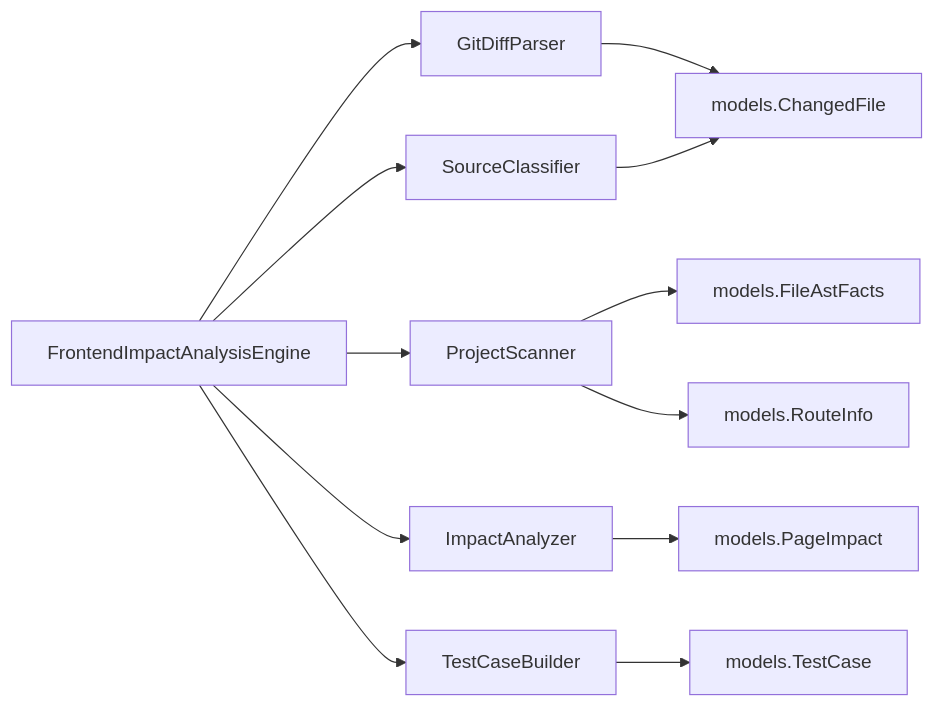
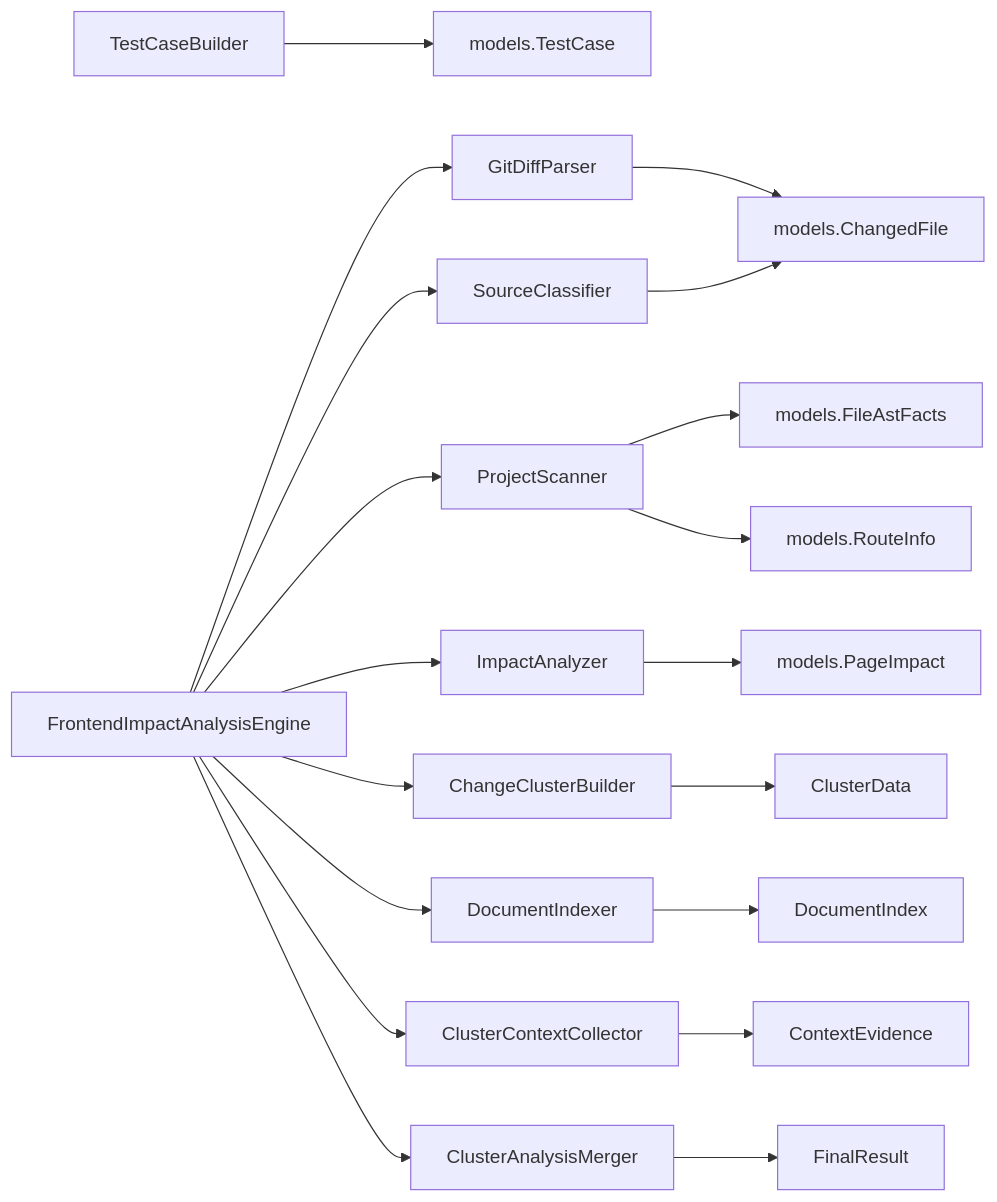
Before and after one commit to brand-new-remo/frontend-impact-analyzer: diagram 11 of 12 in .qoder/repowiki/zh/content/核心功能/核心功能.md, drawn with Mermaid. The commit also changed other lines of this file and 9 other files, not shown here.

````diff
--- a/.qoder/repowiki/zh/content/核心功能/核心功能.md
+++ b/.qoder/repowiki/zh/content/核心功能/核心功能.md
@@ -540,14 +677,21 @@
 ```mermaid
 graph LR
 Diff["GitDiffParser"] --> Model["models.ChangedFile"]
 Classifier["SourceClassifier"] --> Model
 Scanner["ProjectScanner"] --> Model2["models.FileAstFacts"]
 Scanner --> Model3["models.RouteInfo"]
 Analyzer["ImpactAnalyzer"] --> Model4["models.PageImpact"]
 Builder["TestCaseBuilder"] --> Model5["models.TestCase"]
+ClusterBuilder["ChangeClusterBuilder"] --> Model6["ClusterData"]
+DocIndexer["DocumentIndexer"] --> Model7["DocumentIndex"]
+ContextCollector["ClusterContextCollector"] --> Model8["ContextEvidence"]
+Merger["ClusterAnalysisMerger"] --> Model9["FinalResult"]
 Engine["FrontendImpactAnalysisEngine"] --> Diff
 Engine --> Classifier
 Engine --> Scanner
 Engine --> Analyzer
-Engine --> Builder
+Engine --> ClusterBuilder
+Engine --> DocIndexer
+Engine --> ContextCollector
+Engine --> Merger
 ```
````
